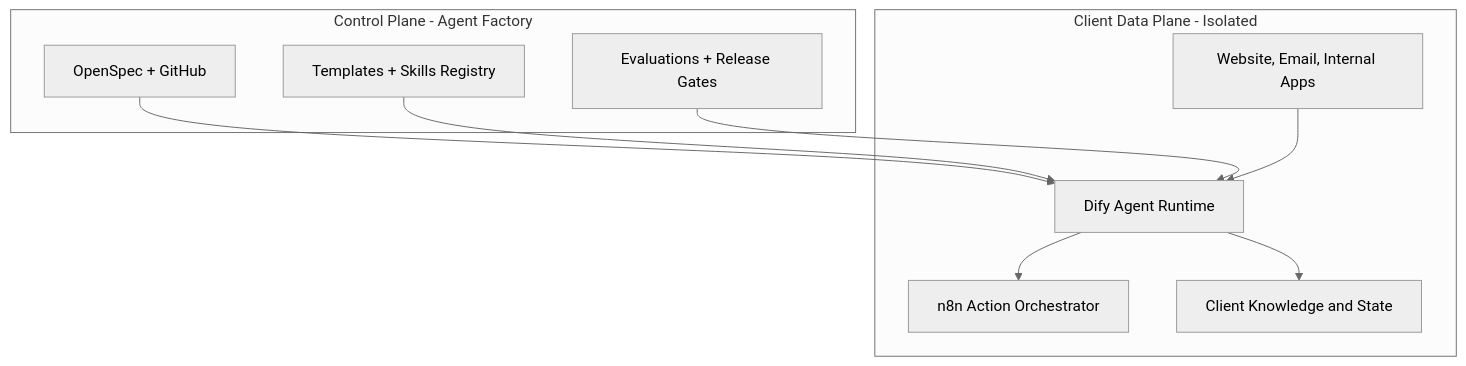
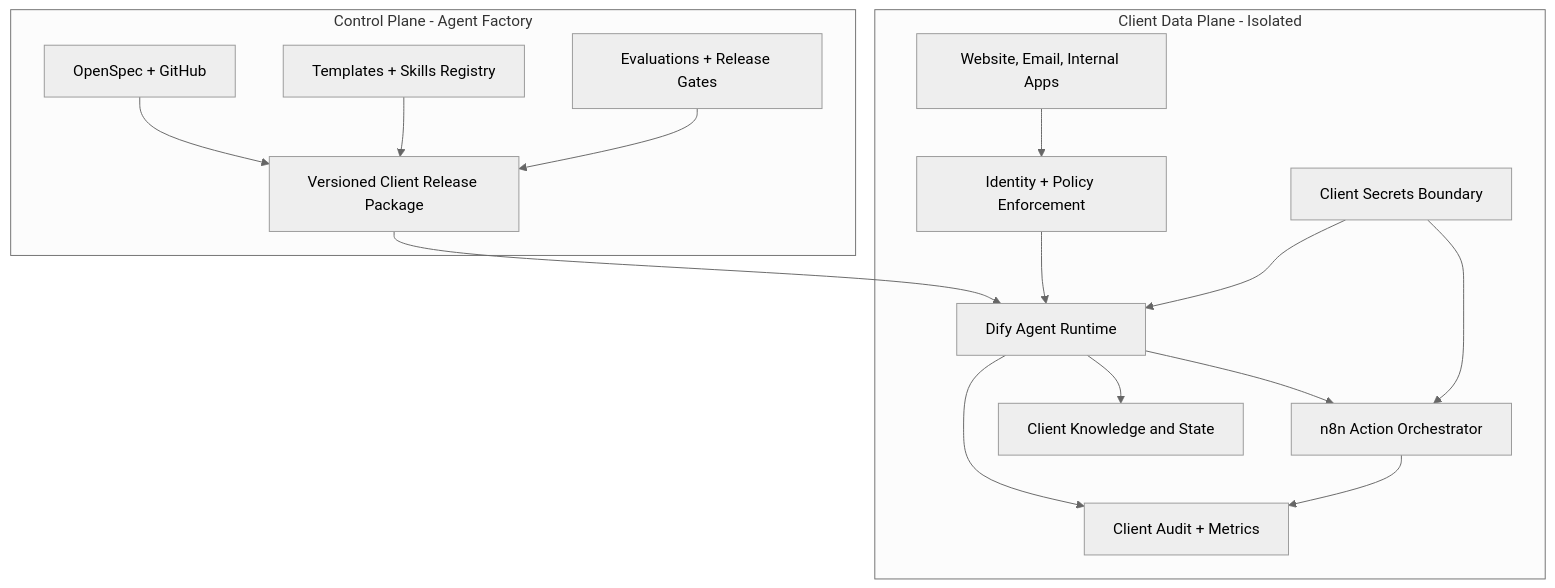
The first of 2 diagrams in docs/architecture.md (yuliabk/agent-factory-core), drawn with Mermaid (neutral theme) before and after one commit. The commit also changed other lines of this file and 98 other files, not shown here.

````diff
--- a/docs/architecture.md
+++ b/docs/architecture.md
@@ -12,22 +12,32 @@
 ```mermaid
 flowchart TB
     subgraph CP["Control Plane - Agent Factory"]
         OS["OpenSpec + GitHub"]
         TP["Templates + Skills Registry"]
         EV["Evaluations + Release Gates"]
+        RP["Versioned Client Release Package"]
     end
 
     subgraph DP["Client Data Plane - Isolated"]
         CH["Website, Email, Internal Apps"]
+        IAM["Identity + Policy Enforcement"]
         DF["Dify Agent Runtime"]
         N8["n8n Action Orchestrator"]
         DS["Client Knowledge and State"]
+        SEC["Client Secrets Boundary"]
+        AU["Client Audit + Metrics"]
     end
 
-    OS --> DF
-    TP --> DF
-    EV --> DF
-    CH --> DF
+    OS --> RP
+    TP --> RP
+    EV --> RP
+    RP --> DF
+    CH --> IAM
+    IAM --> DF
     DF --> DS
     DF --> N8
+    SEC --> DF
+    SEC --> N8
+    DF --> AU
+    N8 --> AU
 ```
````
